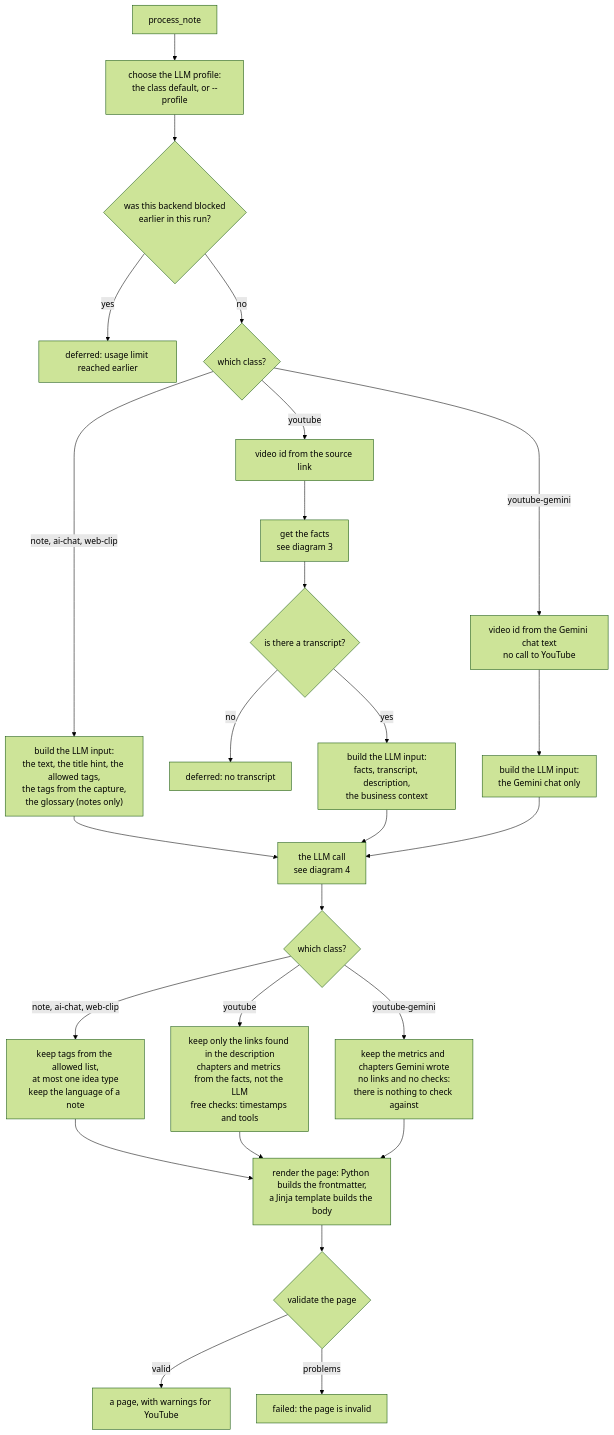
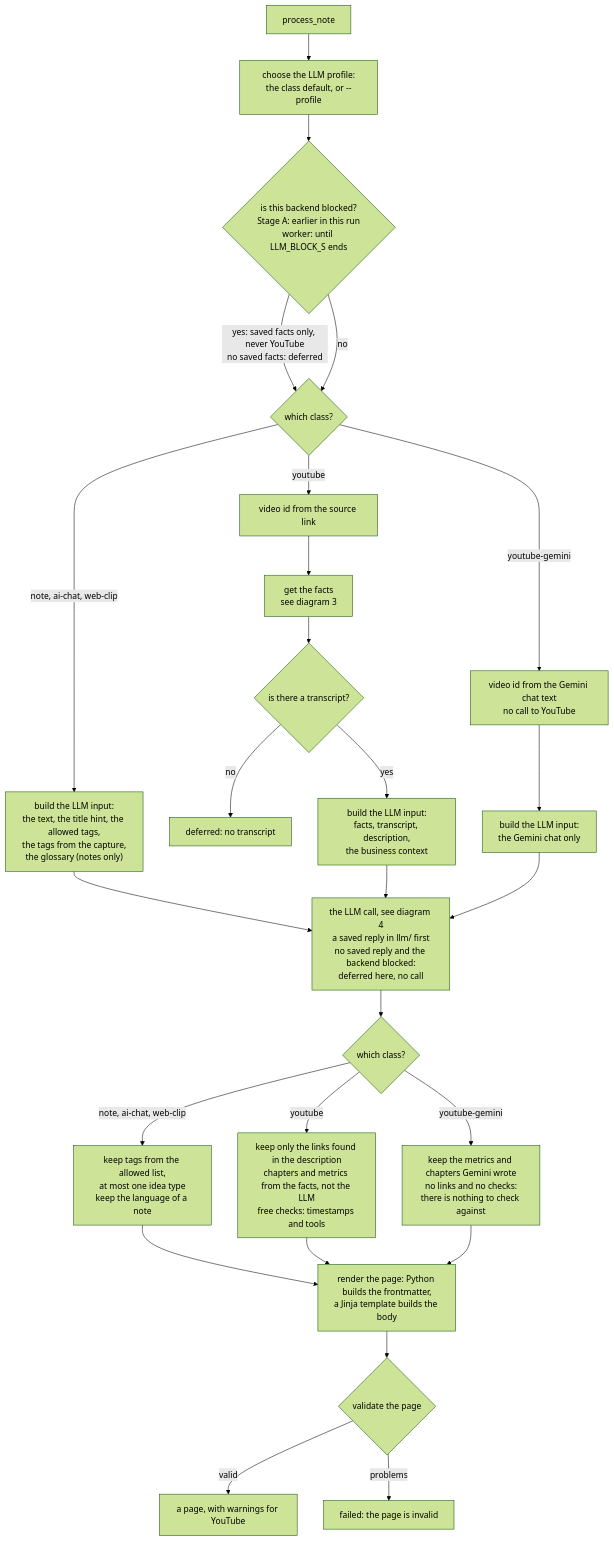
Before and after one commit to epiaku/idea-catcher: the second of 5 diagrams in docs/idea-catcher-diagram-processing-loop.md, drawn with Mermaid (forest theme). The commit also changed other lines of this file and 21 other files, not shown here.

First line of the commit message:
feat: implement backend blocking mechanism for LLM calls

````diff
--- a/docs/idea-catcher-diagram-processing-loop.md
+++ b/docs/idea-catcher-diagram-processing-loop.md
@@ -66,33 +66,33 @@
 ```mermaid
 flowchart TB
   p0["process_note"] --> p1["choose the LLM profile:<br/>the class default, or --profile"]
-  p1 --> p2{"was this backend blocked<br/>earlier in this run?"}
-  p2 -->|"yes"| d1["deferred: usage limit reached earlier"]
+  p1 --> p2{"is this backend blocked?<br/>Stage A: earlier in this run<br/>worker: until LLM_BLOCK_S ends"}
+  p2 -->|"yes: saved facts only, never YouTube<br/>no saved facts: deferred"| p3
   p2 -->|"no"| p3{"which class?"}
 
   p3 -->|"note, ai-chat, web-clip"| t1["build the LLM input:<br/>the text, the title hint, the allowed tags,<br/>the tags from the capture,<br/>the glossary (notes only)"]
   p3 -->|"youtube"| y1["video id from the source link"]
   p3 -->|"youtube-gemini"| g1["video id from the Gemini chat text<br/>no call to YouTube"]
 
   y1 --> y2["get the facts<br/>see diagram 3"]
   y2 --> y3{"is there a transcript?"}
   y3 -->|"no"| d2["deferred: no transcript"]
   y3 -->|"yes"| y4["build the LLM input:<br/>facts, transcript, description,<br/>the business context"]
   g1 --> g2["build the LLM input:<br/>the Gemini chat only"]
 
-  t1 --> llm["the LLM call<br/>see diagram 4"]
+  t1 --> llm["the LLM call, see diagram 4<br/>a saved reply in llm/ first<br/>no saved reply and the backend blocked:<br/>deferred here, no call"]
   y4 --> llm
   g2 --> llm
 
   llm --> post{"which class?"}
   post -->|"note, ai-chat, web-clip"| s1["keep tags from the allowed list,<br/>at most one idea type<br/>keep the language of a note"]
   post -->|"youtube"| s2["keep only the links found in the description<br/>chapters and metrics from the facts, not the LLM<br/>free checks: timestamps and tools"]
   post -->|"youtube-gemini"| s3["keep the metrics and chapters Gemini wrote<br/>no links and no checks:<br/>there is nothing to check against"]
 
   s1 --> r1
   s2 --> r1
   s3 --> r1
   r1["render the page: Python builds the frontmatter,<br/>a Jinja template builds the body"] --> r2{"validate the page"}
   r2 -->|"valid"| ok["a page, with warnings for YouTube"]
   r2 -->|"problems"| bad["failed: the page is invalid"]
 ```
````
